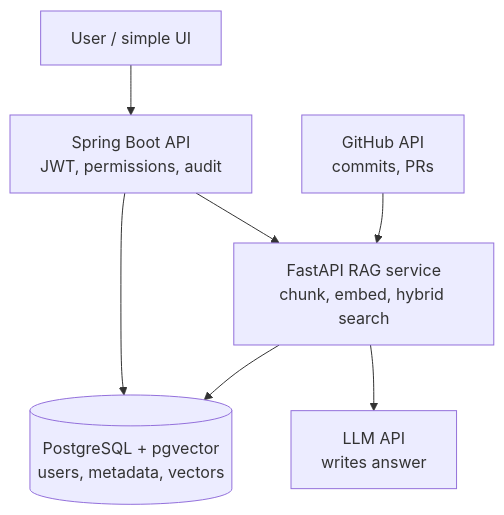
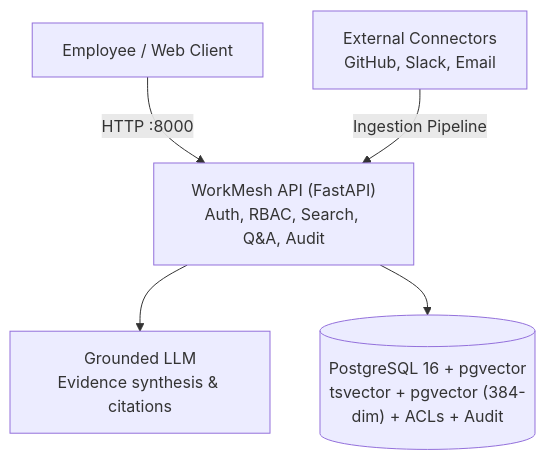
The diagram in DESIGN.md (shivam22-source/WorkMesh), drawn with Mermaid before and after one commit. The commit also changed other lines of this file and 10 other files, not shown here.

Commit message:
refactor(docs): purge obsolete Java backend references and modernize architecture specifications

````diff
--- a/DESIGN.md
+++ b/DESIGN.md
@@ -67,9 +45,7 @@
 ```mermaid
 flowchart TD
-    U["User / simple UI"] --> J["Spring Boot API<br/>JWT, permissions, audit"]
-    J --> P["FastAPI RAG service<br/>chunk, embed, hybrid search"]
-    G["GitHub API<br/>commits, PRs"] --> P
-    P --> L["LLM API<br/>writes answer"]
-    P --> D[("PostgreSQL + pgvector<br/>users, metadata, vectors")]
-    J --> D
+    U["Employee / Web Client"] -->|"HTTP :8000"| A["WorkMesh API (FastAPI)<br/>Auth, RBAC, Search, Q&A, Audit"]
+    G["External Connectors<br/>GitHub, Slack, Email"] -->|"Ingestion Pipeline"| A
+    A --> L["Grounded LLM<br/>Evidence synthesis & citations"]
+    A --> D[("PostgreSQL 16 + pgvector<br/>tsvector + pgvector (384-dim) + ACLs + Audit")]
 ```
````
